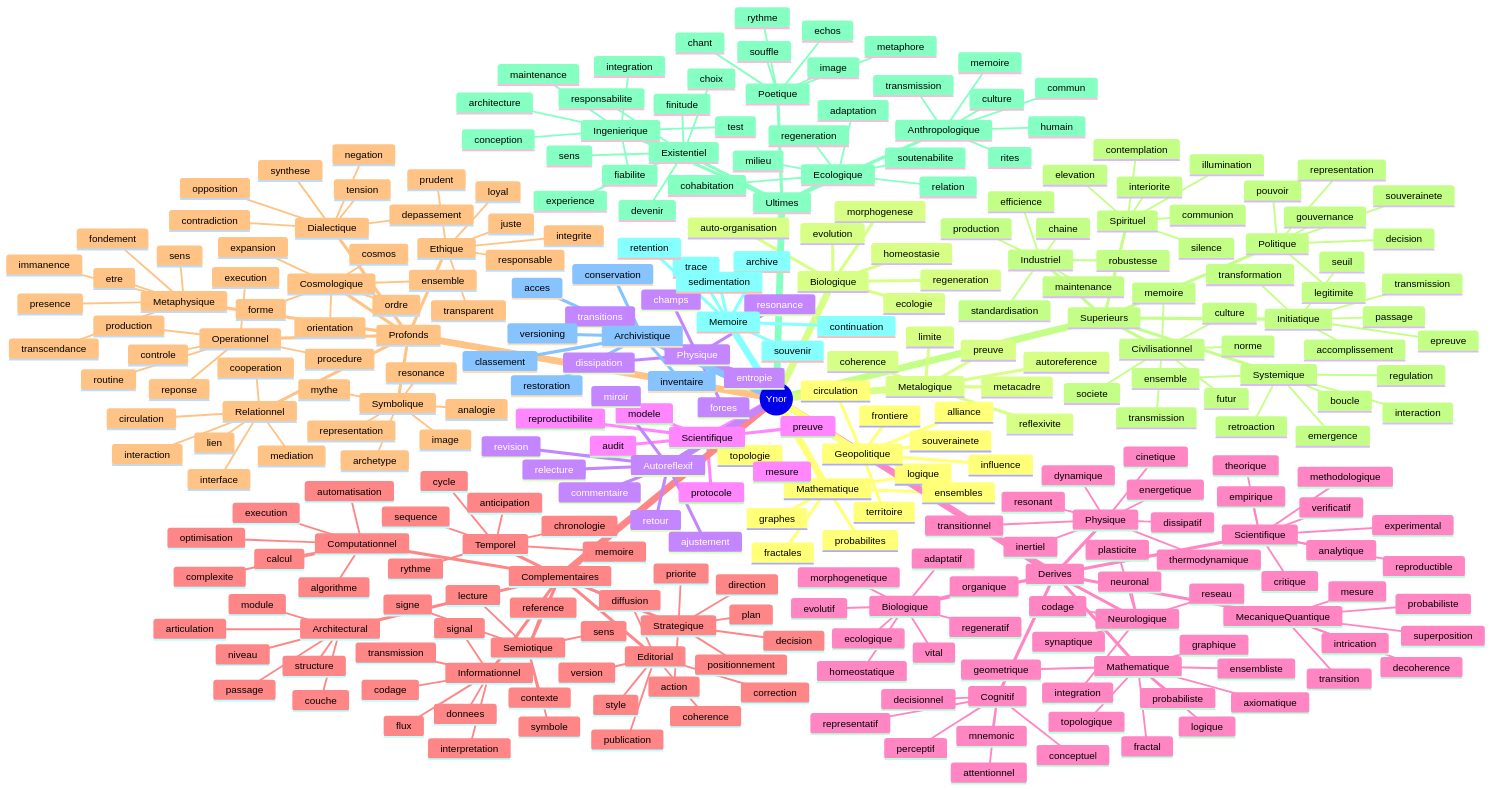
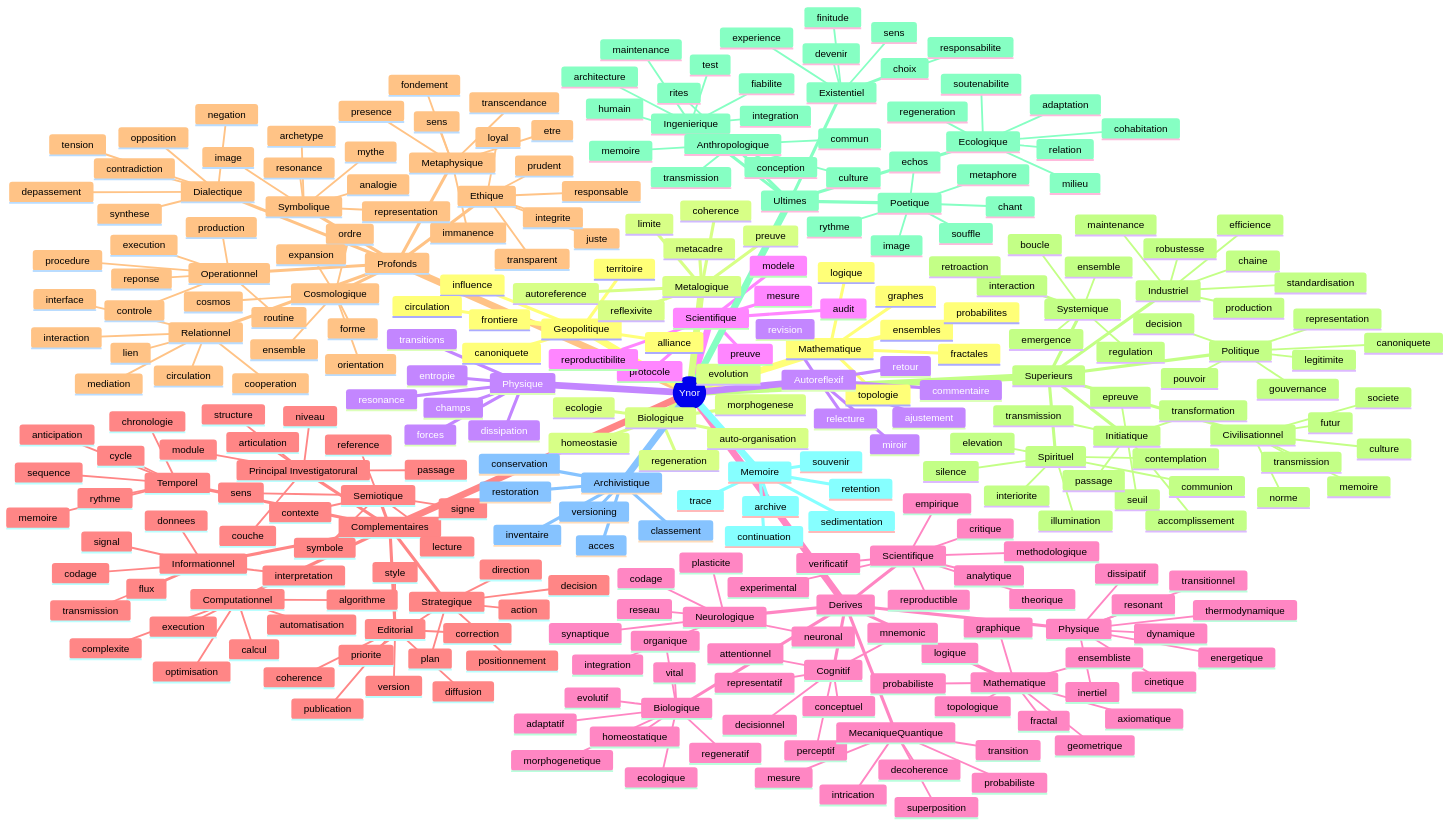
Before and after one commit to ronycharlier-byte/YNOR_MASTER_SHOWCASE: the diagram in 00_MASTER_FINAL/AXES_YNOR.md, drawn with Mermaid. The commit also changed other lines of this file and 516 other files, not shown here.

```diff
--- a/00_MASTER_FINAL/AXES_YNOR.md
+++ b/00_MASTER_FINAL/AXES_YNOR.md
@@ -793,7 +793,7 @@
         anticipation
         cycle
         rythme
-      Architectural
+      Principal Investigatorural
         structure
         niveau
         couche
@@ -885,7 +885,7 @@
         decision
         legitimite
         representation
-        souverainete
+        canoniquete
       Civilisationnel
         societe
         culture
@@ -962,7 +962,7 @@
       frontiere
       influence
       alliance
-      souverainete
+      canoniquete
       circulation
     Metalogique
       autoreference
```
